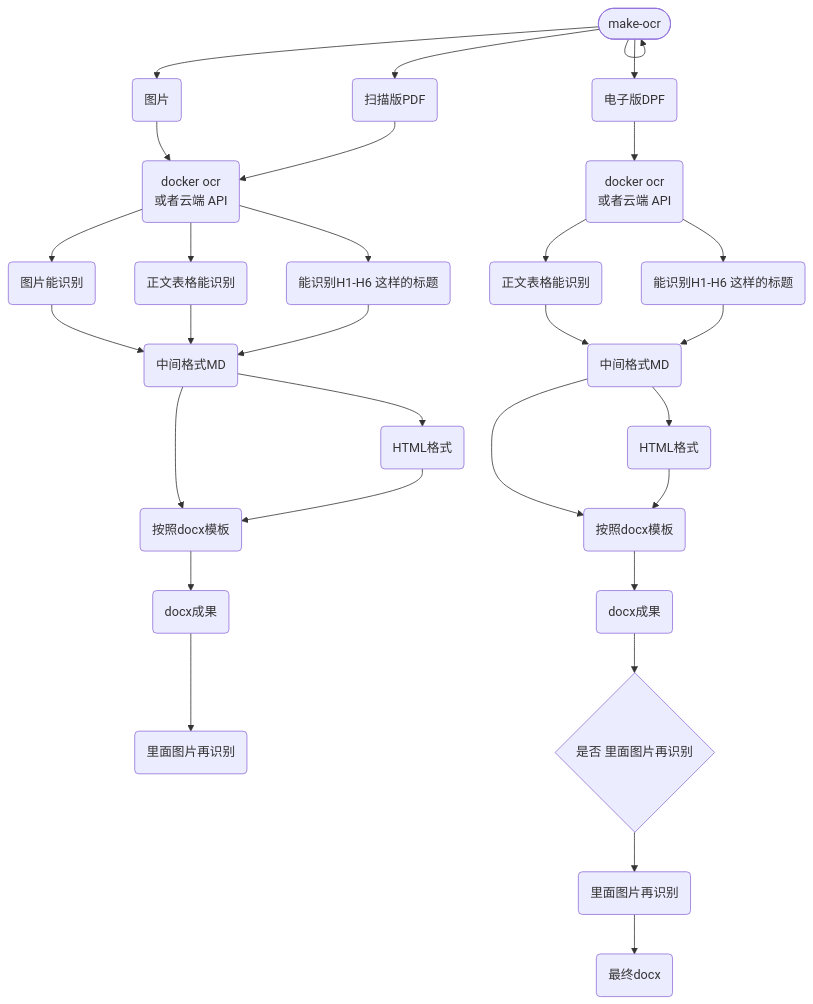
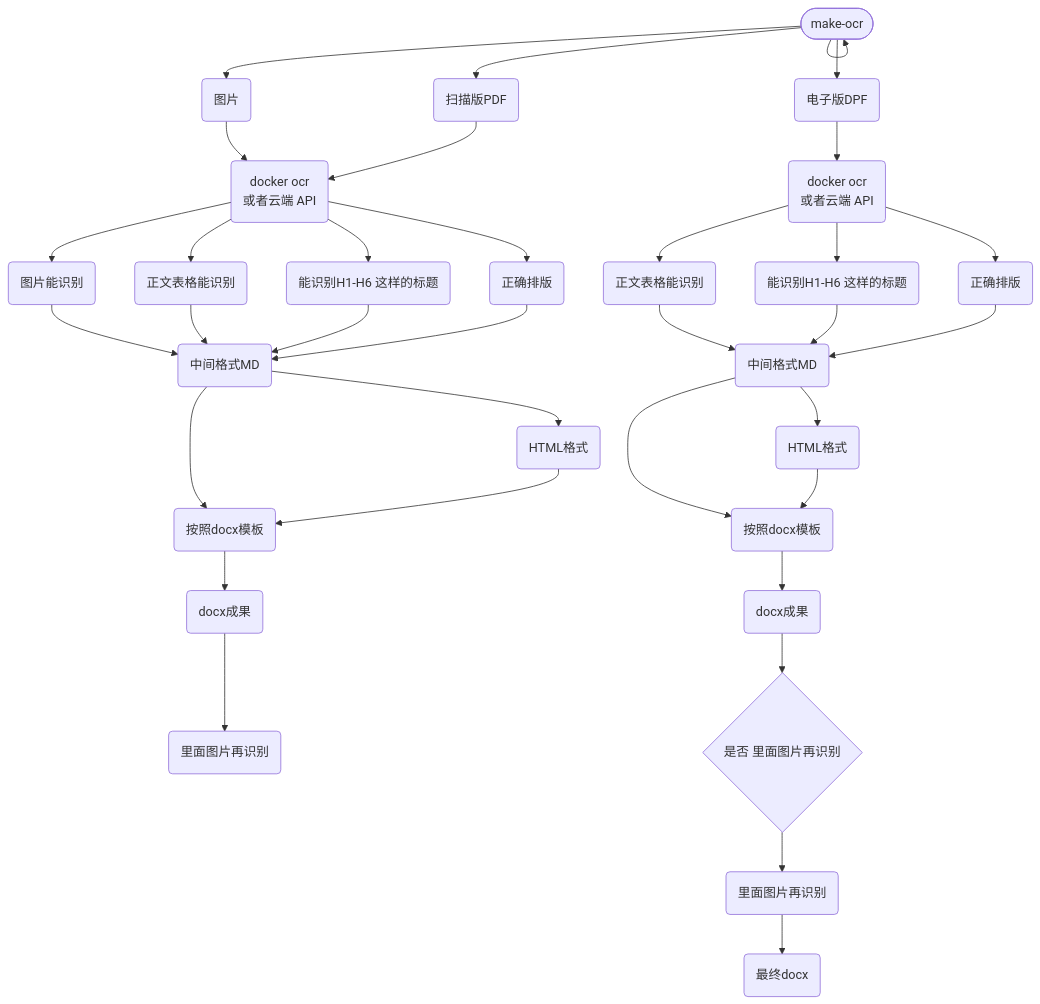
The diagram in notes/未命名_da3b1e9d-46b8-4fe8-a207-538027b2306b.md (fireflysss/mermaid-notes), drawn with Mermaid before and after one commit. The commit also changed 3 other files, not shown here.

Commit message:
Sync Mermaid Studio data (12 diagrams)

````diff
--- a/notes/未命名_da3b1e9d-46b8-4fe8-a207-538027b2306b.md
+++ b/notes/未命名_da3b1e9d-46b8-4fe8-a207-538027b2306b.md
@@ -3,56 +3,62 @@
 ```mermaid
 flowchart TD
   n_0(["make-ocr"])
   n_1("扫描版PDF")
   n_2("电子版DPF")
   n_3("docker ocr<br/>或者云端 API")
   n_4("图片")
   n_5("能识别H1-H6 这样的标题")
   n_6("正文表格能识别")
   n_7("图片能识别")
   n_8("按照docx模板")
   n_9("里面图片再识别")
   n_10("docx成果")
   n_11("中间格式MD")
   n_12("HTML格式")
   n_13("docker ocr<br/>或者云端 API")
   n_14("能识别H1-H6 这样的标题")
   n_15("正文表格能识别")
   n_16("按照docx模板")
   n_17("docx成果")
   n_18("中间格式MD")
   n_19("HTML格式")
   n_20("最终docx")
   n_21("里面图片再识别")
   n_22{"是否 里面图片再识别"}
+  n_23("正确排版")
+  n_24("正确排版")
   n_0 --> n_0
   n_0 --> n_1
   n_0 --> n_2
   n_0 --> n_4
   n_11 --> n_8
   n_11 --> n_12
   n_12 --> n_8
   n_8 --> n_10
   n_10 --> n_9
   n_18 --> n_16
   n_18 --> n_19
   n_19 --> n_16
   n_16 --> n_17
   n_4 --> n_3
   n_1 --> n_3
   n_2 --> n_13
   n_13 --> n_14
   n_13 --> n_15
   n_15 --> n_18
   n_14 --> n_18
   n_7 --> n_11
   n_6 --> n_11
   n_5 --> n_11
   n_3 --> n_6
   n_21 --> n_20
   n_17 --> n_22
   n_22 --> n_21
   n_3 --> n_5
   n_3 --> n_7
+  n_3 --> n_23
+  n_23 --> n_11
+  n_13 --> n_24
+  n_24 --> n_18
 
 ```
````
